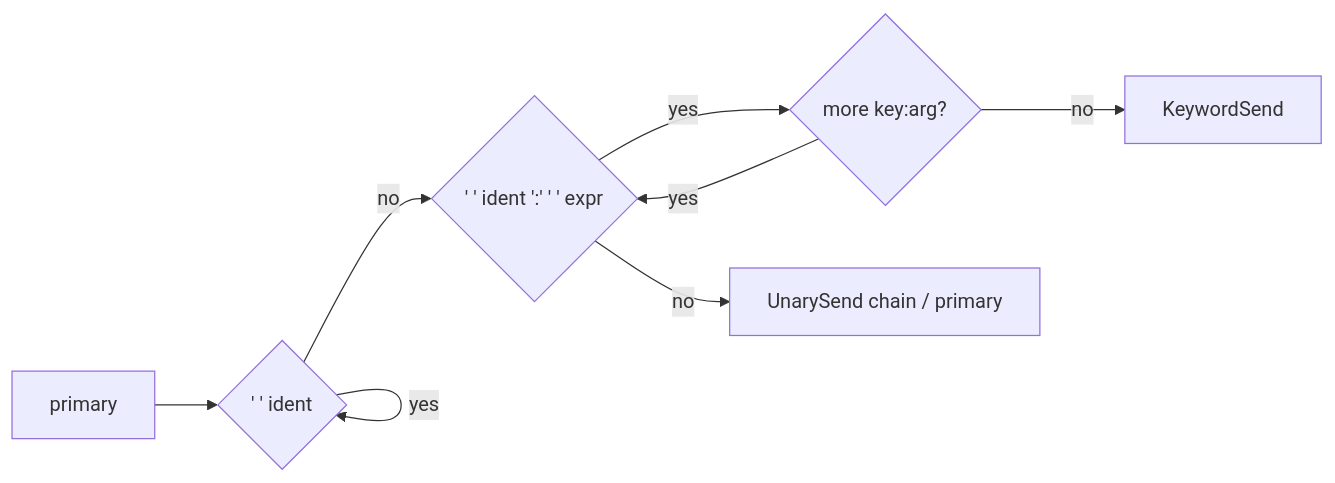
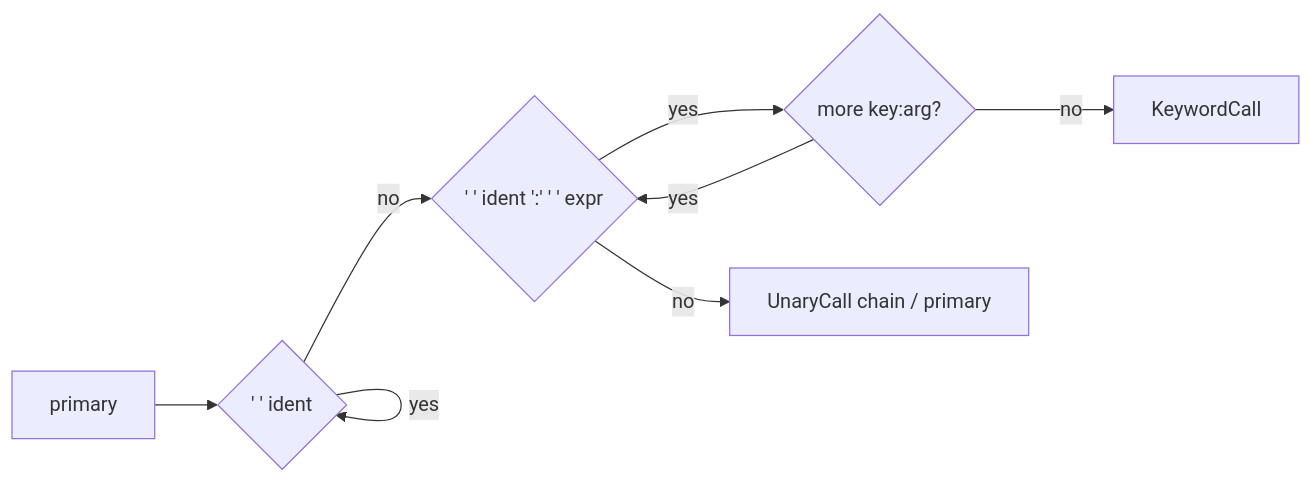
The second of 9 diagrams in _docs/theory/surface-syntax.md (lapis-lang/lapis-lang), drawn with Mermaid before and after one commit. The commit also changed other lines of this file and 7 other files, not shown here.

````diff
--- a/_docs/theory/surface-syntax.md
+++ b/_docs/theory/surface-syntax.md
@@ -302,10 +312,10 @@
 ```mermaid
 flowchart LR
     primary --> unaryLoop{"' ' ident"}
     unaryLoop -->|yes| unaryLoop
     unaryLoop -->|no| kwCheck{"' ' ident ':' ' ' expr"}
     kwCheck -->|yes| kwLoop{"more key:arg?"}
     kwLoop -->|yes| kwCheck
-    kwLoop -->|no| done["KeywordSend"]
-    kwCheck -->|no| done2["UnarySend chain / primary"]
+    kwLoop -->|no| done["KeywordCall"]
+    kwCheck -->|no| done2["UnaryCall chain / primary"]
 ```
````
